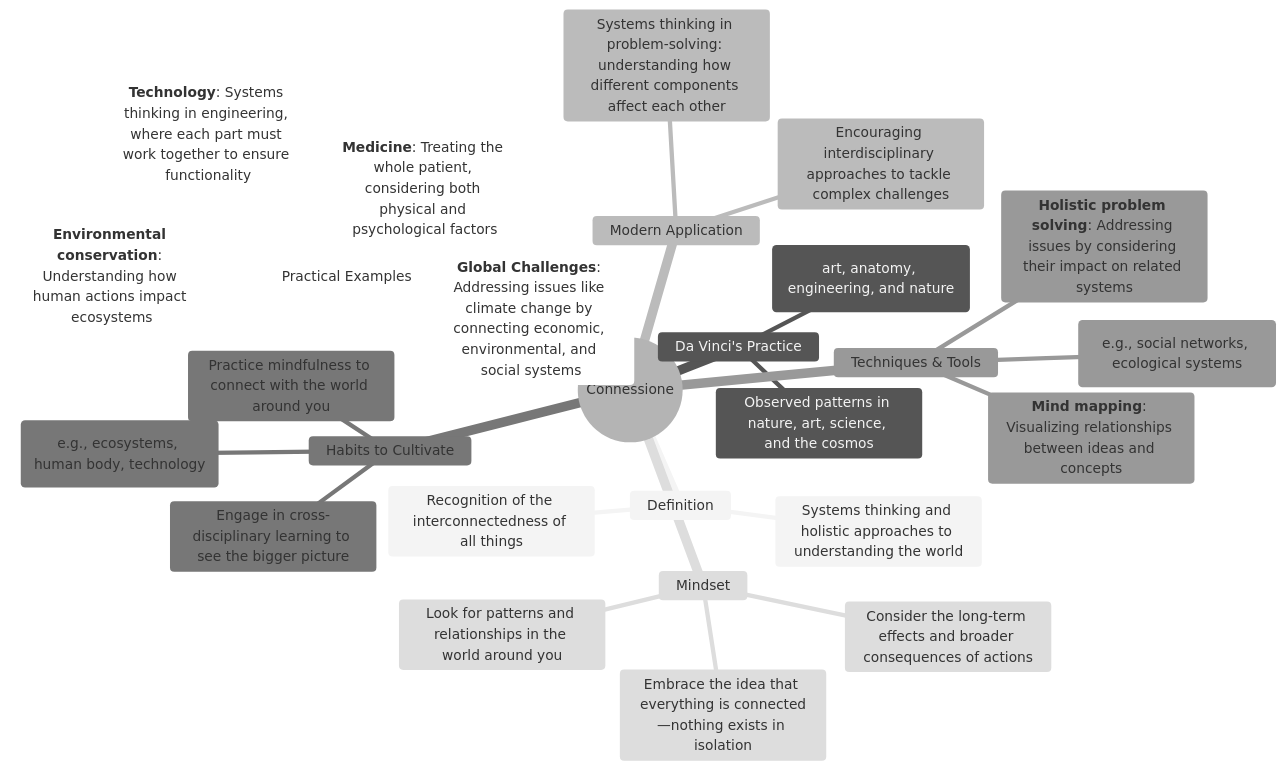
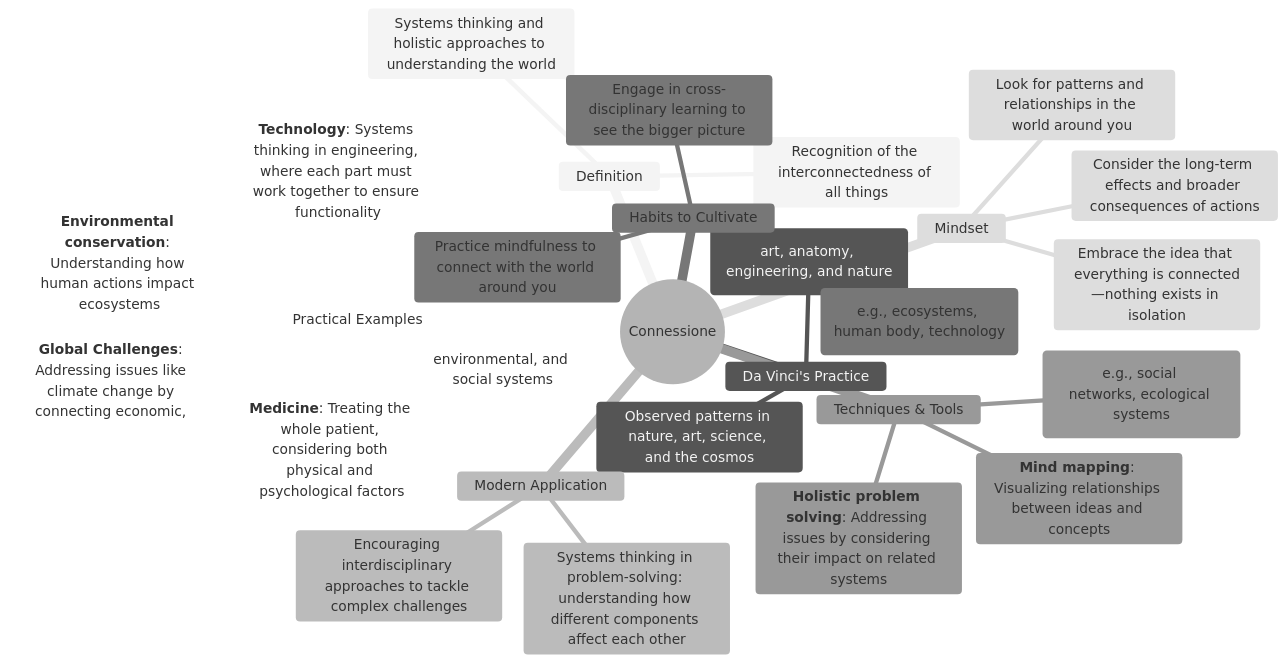
One commit to nagvbt/nagvbt.github.io changed the eighth of 8 diagrams in docs/articles/Books/ThinkLikeDaVinci.md. Above: the diagram before and after it, drawn with Mermaid (neutral theme). The commit also changed other lines of this file and 72 other files, not shown here.

````diff
--- a/docs/articles/Books/ThinkLikeDaVinci.md
+++ b/docs/articles/Books/ThinkLikeDaVinci.md
@@ -190,30 +195,32 @@
 ```mermaid
 mindmap
   root((Connessione))
     Definition
       Recognition of the interconnectedness of all things
       Systems thinking and holistic approaches to understanding the world
     Da Vinci's Practice
       Observed patterns in nature, art, science, and the cosmos
       Saw interconnections between different disciplines (art, anatomy, engineering, and nature)
     Modern Application
       Systems thinking in problem-solving: understanding how different components affect each other
       Encouraging interdisciplinary approaches to tackle complex challenges
     Habits to Cultivate
       Cultivate curiosity about how systems work together (e.g., ecosystems, human body, technology)
       Engage in cross-disciplinary learning to see the bigger picture
       Practice mindfulness to connect with the world around you
     Techniques & Tools
       **Mind mapping**: Visualizing relationships between ideas and concepts
-      **Network analysis**: Studying how components within a system are interlinked (e.g., social networks, ecological systems)
+      **Network analysis**: Studying how components within a system are interlinked (e.g., social 
+      networks, ecological systems)
       **Holistic problem solving**: Addressing issues by considering their impact on related systems
     Mindset
       Embrace the idea that everything is connected—nothing exists in isolation
       Look for patterns and relationships in the world around you
       Consider the long-term effects and broader consequences of actions
     Practical Examples
       **Environmental conservation**: Understanding how human actions impact ecosystems
       **Technology**: Systems thinking in engineering, where each part must work together to ensure functionality
       **Medicine**: Treating the whole patient, considering both physical and psychological factors
-      **Global Challenges**: Addressing issues like climate change by connecting economic, environmental, and social systems
+      **Global Challenges**: Addressing issues like climate change by connecting economic, 
+      environmental, and social systems
 ```
````
